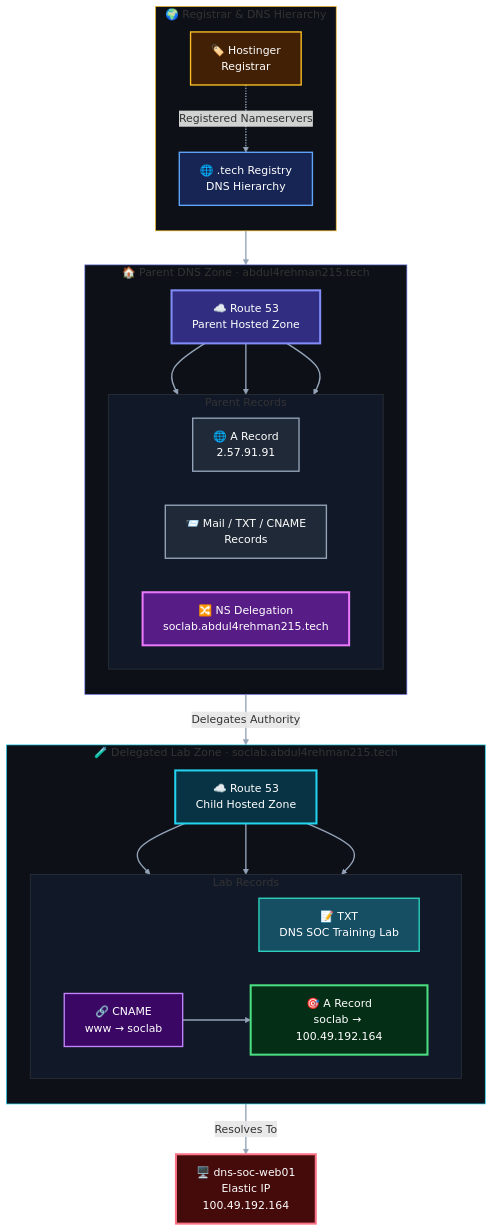
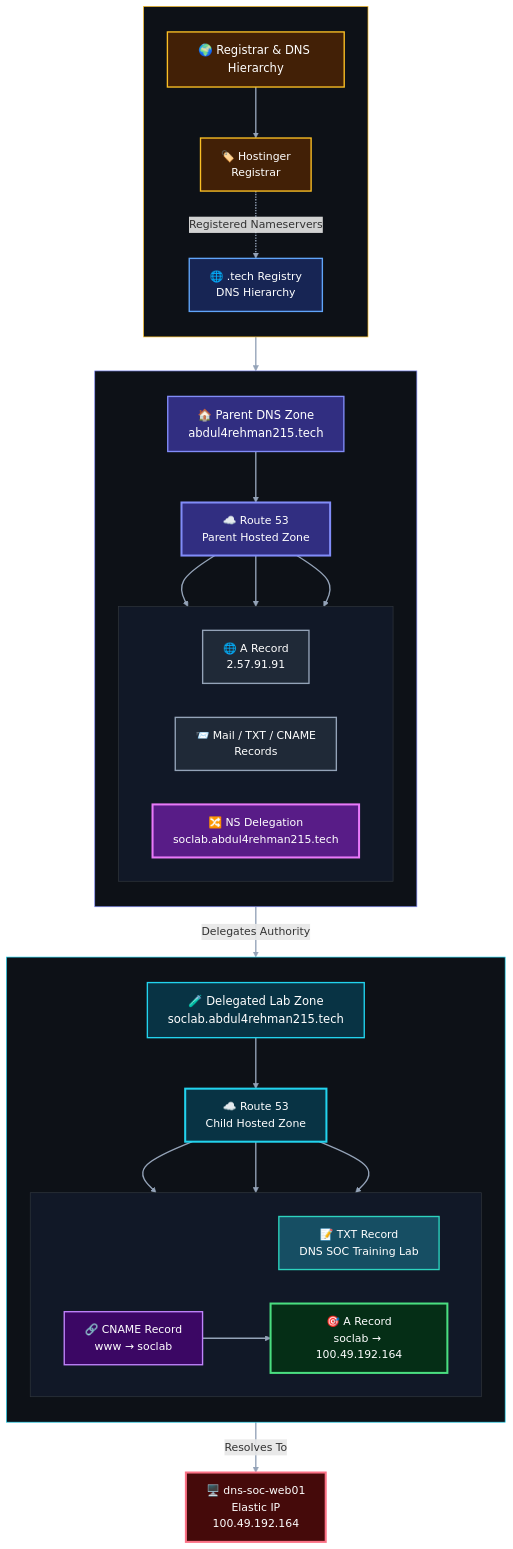
Before and after one commit to DNSentinel-Lab/DNS-Lab-Infrastructure: the diagram in 01-network-architecture/dns-authority-and-delegation.md, drawn with Mermaid.

Commit message:
Refactor DNS hierarchy and node styling

````diff
--- a/01-network-architecture/dns-authority-and-delegation.md
+++ b/01-network-architecture/dns-authority-and-delegation.md
@@ -29,12 +29,15 @@
     %% =====================================================
     %% REGISTRAR / DNS HIERARCHY
     %% =====================================================
-    subgraph ROOT["🌍 Registrar & DNS Hierarchy"]
+    subgraph ROOT[" "]
         direction TB
+
+        RH["🌍 Registrar & DNS Hierarchy"]
 
         Registrar["🏷️ Hostinger<br/>Registrar"]
         TLD["🌐 .tech Registry<br/>DNS Hierarchy"]
 
+        RH --> Registrar
         Registrar -. "Registered Nameservers" .-> TLD
     end
 
@@ -42,44 +45,54 @@
     %% =====================================================
     %% PARENT DOMAIN
     %% =====================================================
-    subgraph PARENT["🏠 Parent DNS Zone · abdul4rehman215.tech"]
+    subgraph PARENT[" "]
         direction TB
+
+        PH["🏠 Parent DNS Zone<br/>abdul4rehman215.tech"]
 
         Parent["☁️ Route 53<br/>Parent Hosted Zone"]
 
-        subgraph PARENTREC["Parent Records"]
+        subgraph PARENTREC[" "]
             direction LR
 
             ParentSite["🌐 A Record<br/>2.57.91.91"]
+
             ParentMail["📨 Mail / TXT / CNAME<br/>Records"]
+
             ChildNS["🔀 NS Delegation<br/>soclab.abdul4rehman215.tech"]
         end
+
+        PH --> Parent
 
         Parent --> ParentSite
         Parent --> ParentMail
         Parent --> ChildNS
     end
 
-    TLD --> Parent
+    TLD --> PH
 
 
     %% =====================================================
     %% CHILD / LAB DNS
     %% =====================================================
-    subgraph CHILD["🧪 Delegated Lab Zone · soclab.abdul4rehman215.tech"]
+    subgraph CHILD[" "]
         direction TB
+
+        CH["🧪 Delegated Lab Zone<br/>soclab.abdul4rehman215.tech"]
 
         Child["☁️ Route 53<br/>Child Hosted Zone"]
 
-        subgraph LABREC["Lab Records"]
+        subgraph LABREC[" "]
             direction LR
 
-            TXT["📝 TXT<br/>DNS SOC Training Lab"]
+            TXT["📝 TXT Record<br/>DNS SOC Training Lab"]
 
             Apex["🎯 A Record<br/>soclab → 100.49.192.164"]
 
-            WWW["🔗 CNAME<br/>www → soclab"]
+            WWW["🔗 CNAME Record<br/>www → soclab"]
         end
+
+        CH --> Child
 
         Child --> TXT
         Child --> Apex
@@ -88,7 +101,7 @@
         WWW --> Apex
     end
 
-    ChildNS -->|"Delegates Authority"| Child
+    ChildNS -->|"Delegates Authority"| CH
 
 
     %% =====================================================
@@ -100,9 +113,16 @@
 
 
     %% =====================================================
+    %% HEADER STYLING
+    %% =====================================================
+    classDef rootheader fill:#422006,stroke:#fbbf24,stroke-width:2px,color:#ffffff,font-size:17px;
+    classDef parentheader fill:#312e81,stroke:#818cf8,stroke-width:2px,color:#ffffff,font-size:17px;
+    classDef childheader fill:#083344,stroke:#22d3ee,stroke-width:2px,color:#ffffff,font-size:17px;
+
+
+    %% =====================================================
     %% NODE STYLING
     %% =====================================================
-
     classDef registrar fill:#422006,stroke:#fbbf24,stroke-width:2px,color:#ffffff;
     classDef registry fill:#172554,stroke:#60a5fa,stroke-width:2px,color:#ffffff;
 
@@ -116,6 +136,14 @@
     classDef cname fill:#3b0764,stroke:#c084fc,stroke-width:2px,color:#ffffff;
 
     classDef server fill:#450a0a,stroke:#fb7185,stroke-width:3px,color:#ffffff;
+
+
+    %% =====================================================
+    %% APPLY CLASSES
+    %% =====================================================
+    class RH rootheader;
+    class PH parentheader;
+    class CH childheader;
 
     class Registrar registrar;
     class TLD registry;
@@ -133,9 +161,8 @@
 
 
     %% =====================================================
-    %% GROUP STYLING
+    %% CONTAINER STYLING
     %% =====================================================
-
     style ROOT fill:#0d1117,stroke:#fbbf24,stroke-width:1px
     style PARENT fill:#0d1117,stroke:#818cf8,stroke-width:1px
     style PARENTREC fill:#111827,stroke:#30363d,stroke-width:1px
@@ -146,6 +173,5 @@
     %% =====================================================
     %% EDGE STYLING
     %% =====================================================
-
     linkStyle default stroke:#94a3b8,stroke-width:2px
 ```
````
